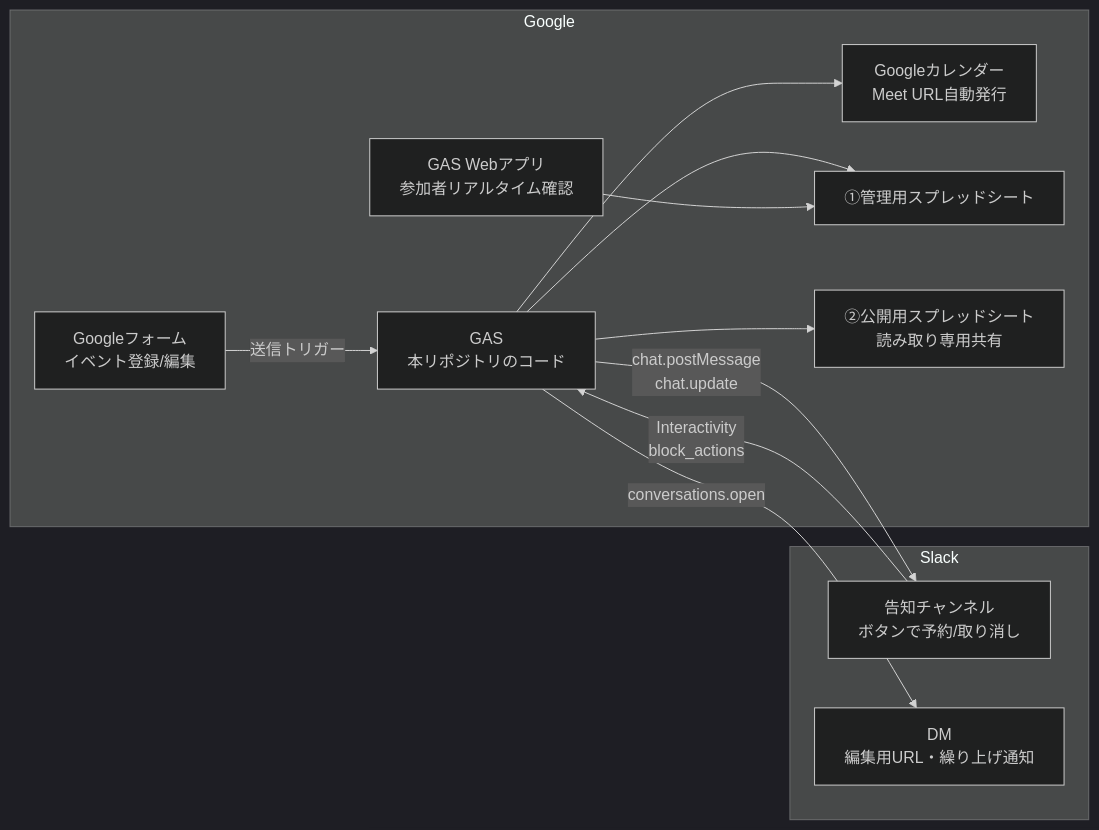
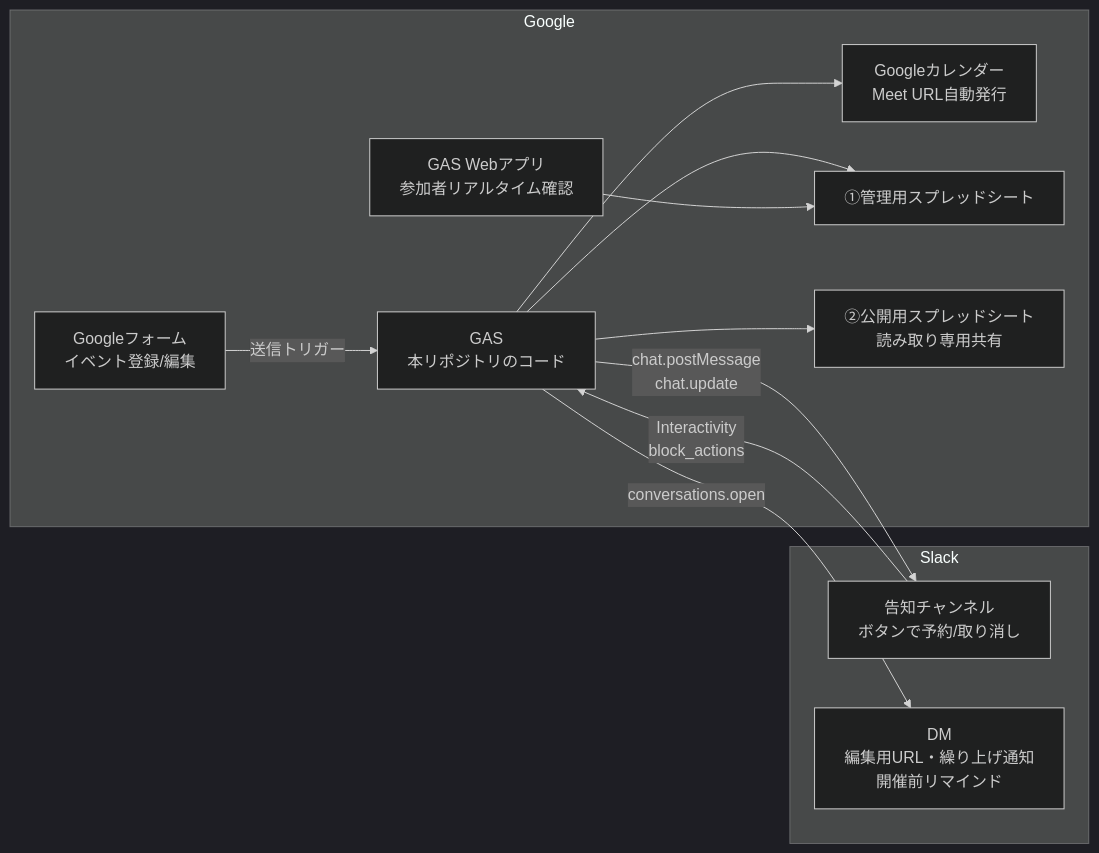
The diagram in README.md (hizukuri3/slack-gas-event-manager), drawn with Mermaid (dark theme) before and after one commit. The commit also changed other lines of this file and 3 other files, not shown here.

````diff
--- a/README.md
+++ b/README.md
@@ -61,23 +62,23 @@
 ```mermaid
 flowchart LR
     subgraph Google
         Form[Googleフォーム<br>イベント登録/編集]
         GAS[GAS<br>本リポジトリのコード]
         Cal[Googleカレンダー<br>Meet URL自動発行]
         SS1[①管理用スプレッドシート]
         SS2[②公開用スプレッドシート<br>読み取り専用共有]
         Web[GAS Webアプリ<br>参加者リアルタイム確認]
     end
     subgraph Slack
         Ch[告知チャンネル<br>ボタンで予約/取り消し]
-        DM[DM<br>編集用URL・繰り上げ通知]
+        DM[DM<br>編集用URL・繰り上げ通知<br>開催前リマインド]
     end
     Form -->|送信トリガー| GAS
     GAS --> Cal
     GAS --> SS1
     GAS --> SS2
     GAS -->|chat.postMessage<br>chat.update| Ch
     GAS -->|conversations.open| DM
     Ch -->|Interactivity<br>block_actions| GAS
     Web --> SS1
 ```
````
